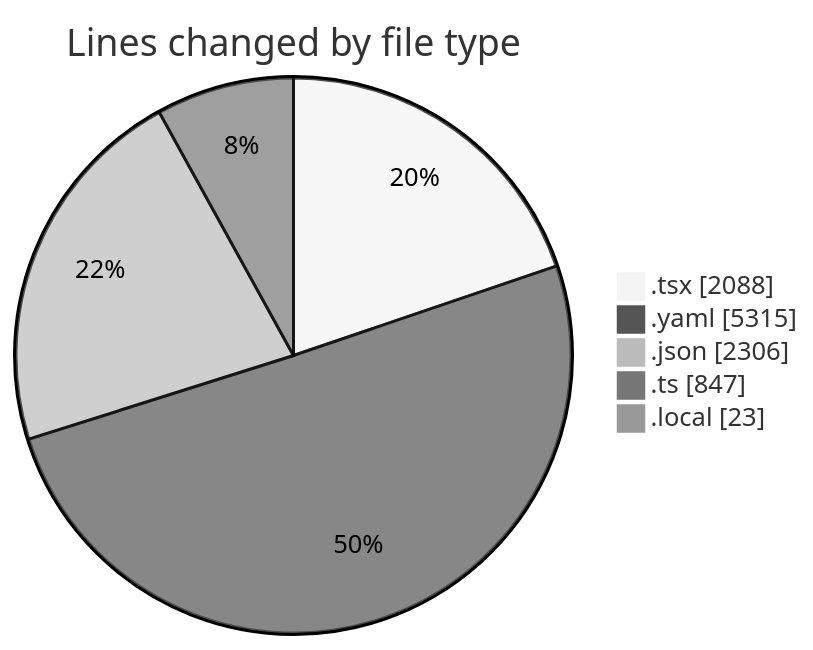
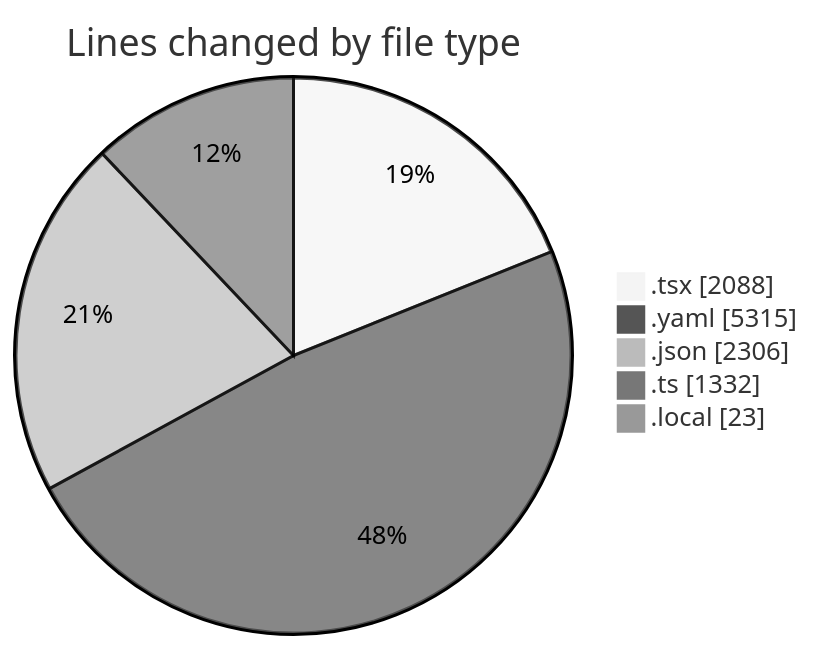
The first of 2 diagrams in 2025-11-07/eventscop-frontend-guide__workspace_/README.md (julien-gomy/code-tracking), drawn with Mermaid (neutral theme) before and after one commit. The commit also changed other lines of this file and 1 other file, not shown here.

````diff
--- a/2025-11-07/eventscop-frontend-guide__workspace_/README.md
+++ b/2025-11-07/eventscop-frontend-guide__workspace_/README.md
@@ -49,9 +50,9 @@
 ```mermaid
 pie showData
 title Lines changed by file type
 ".tsx" : 2088
 ".yaml" : 5315
 ".json" : 2306
-".ts" : 847
+".ts" : 1332
 ".local" : 23
 ```
````
